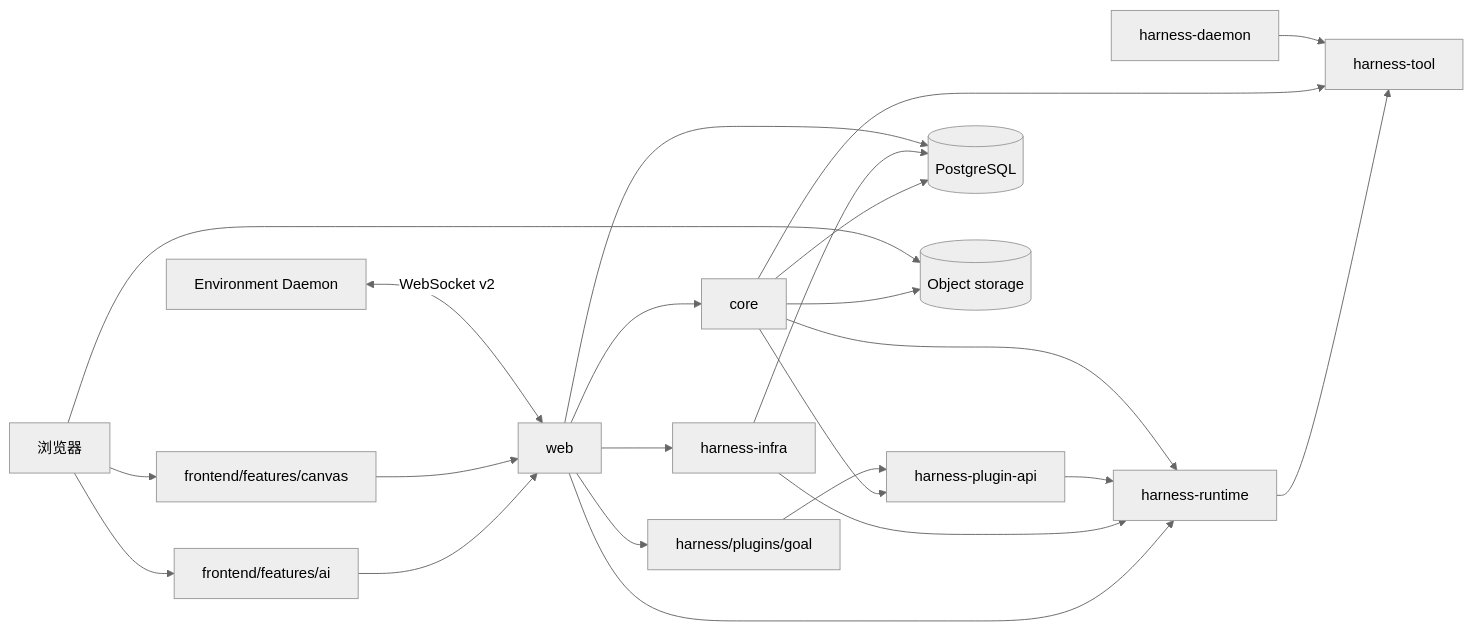
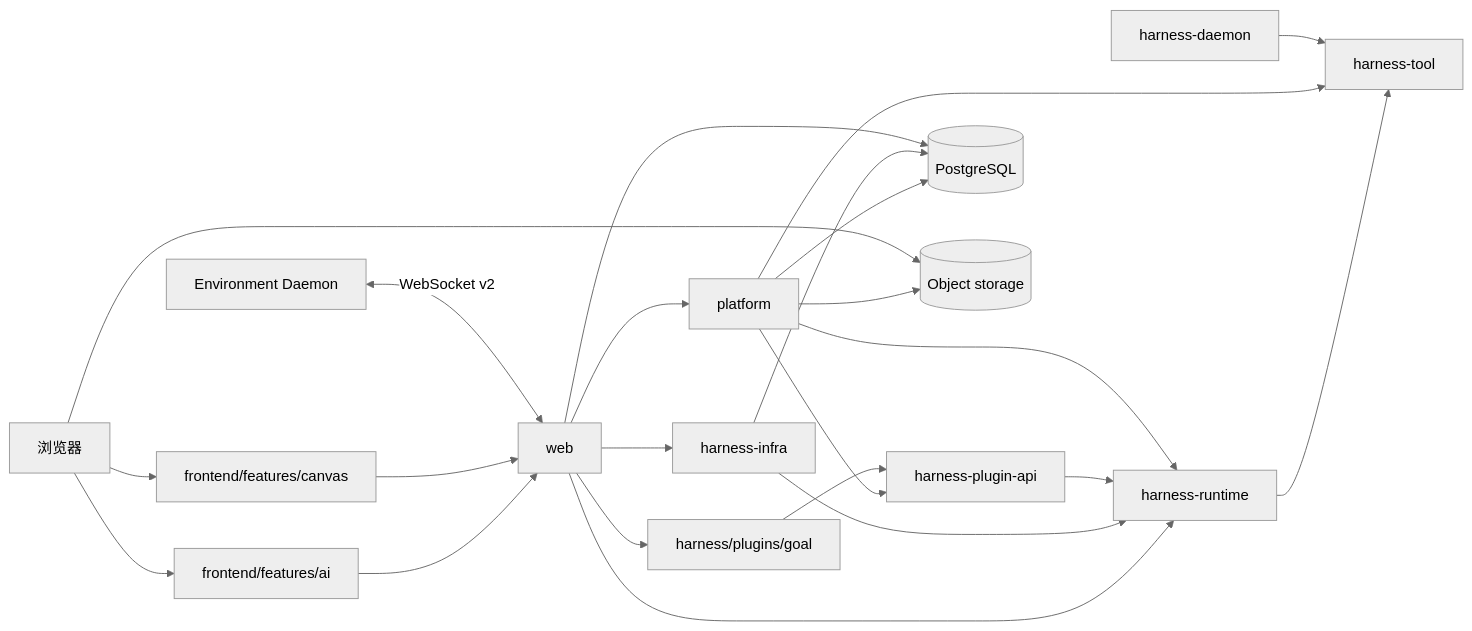
One commit to fengwk/kk-studio changed the diagram in docs/technical-solution/architecture.md. Above: the diagram before and after it, drawn with Mermaid (neutral theme). The commit also changed other lines of this file and 950 other files, not shown here.

Commit message:
refactor: rename core module to platform

````diff
--- a/docs/technical-solution/architecture.md
+++ b/docs/technical-solution/architecture.md
@@ -14,40 +14,40 @@
 ```mermaid
 flowchart LR
     Browser[浏览器]
     AI[frontend/features/ai]
     Canvas[frontend/features/canvas]
     Web[web]
-    Core[core]
+    Platform[platform]
     Runtime[harness-runtime]
     Plugin[harness-plugin-api]
     Goal[harness/plugins/goal]
     Infra[harness-infra]
     Tool[harness-tool]
     Daemon[harness-daemon]
     PG[(PostgreSQL)]
     S3[(Object storage)]
     Env[Environment Daemon]
 
     Browser --> AI
     Browser --> Canvas
     AI --> Web
     Canvas --> Web
-    Web --> Core
+    Web --> Platform
     Web --> Infra
     Web --> Runtime
     Web --> Goal
     Infra --> Runtime
-    Core --> Plugin
+    Platform --> Plugin
     Goal --> Plugin
     Plugin --> Runtime
     Runtime --> Tool
-    Core --> Runtime
-    Core --> Tool
+    Platform --> Runtime
+    Platform --> Tool
     Daemon --> Tool
-    Core --> PG
+    Platform --> PG
     Infra --> PG
     Web --> PG
-    Core --> S3
+    Platform --> S3
     Browser --> S3
     Env <-->|WebSocket v2| Web
 ```
````
